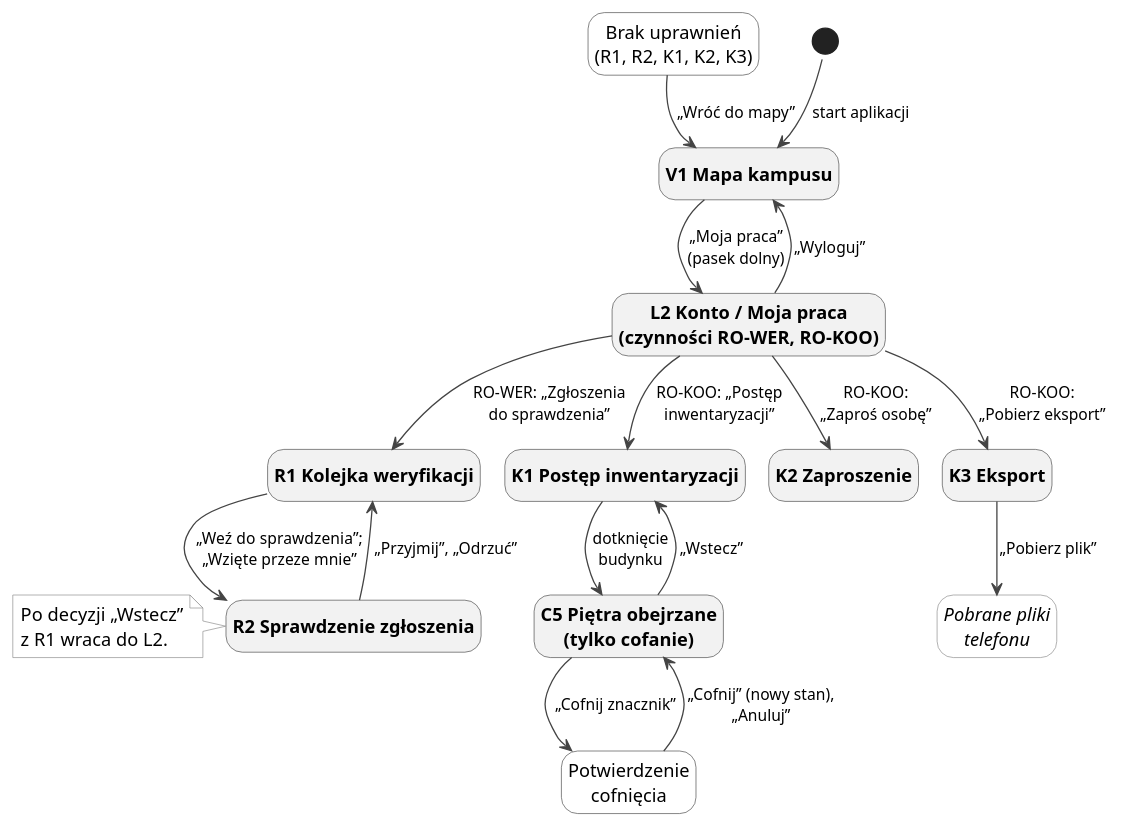
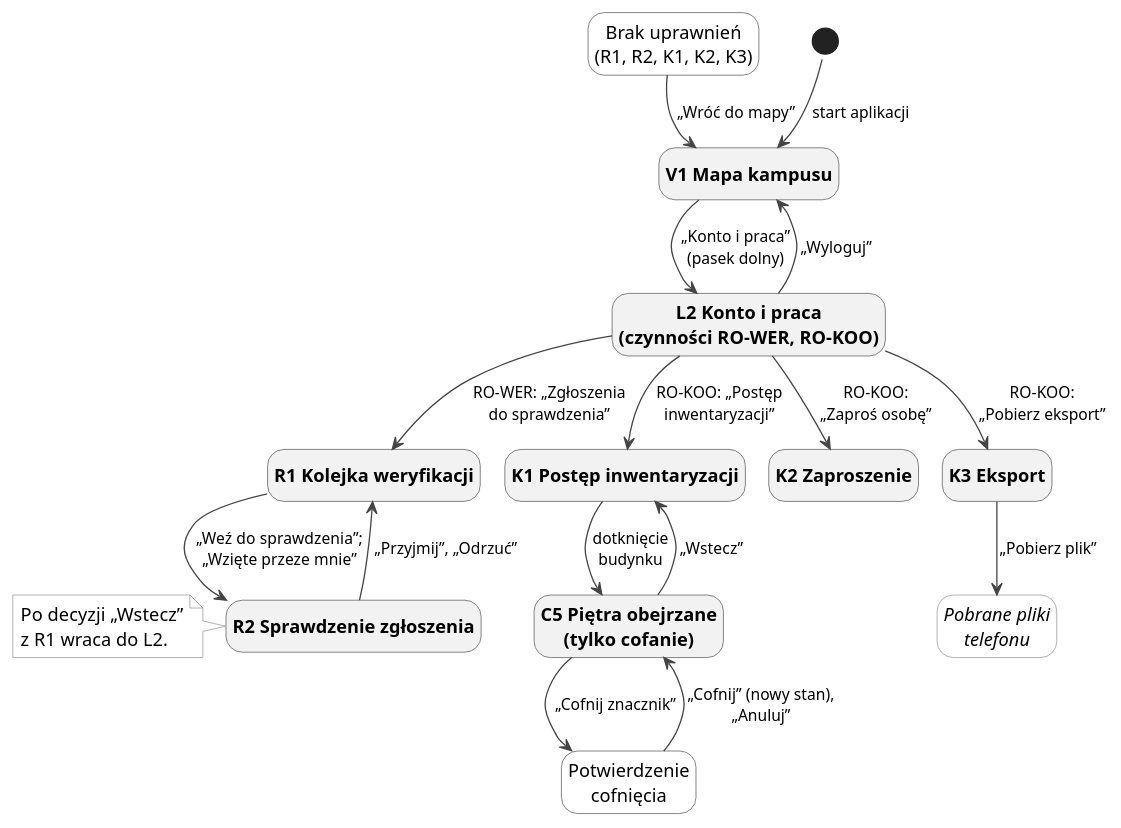
The diagram in docs/docs/ux/nawigacja-zespol-weryfikacja.puml (dostepny-kampus/dostepny-kampus), drawn with PlantUML before and after one commit. The commit also changed 4 other files, not shown here.

Commit message:
docs(ux): rename team work entry to Konto i praca

```diff
--- a/docs/docs/ux/nawigacja-zespol-weryfikacja.puml
+++ b/docs/docs/ux/nawigacja-zespol-weryfikacja.puml
@@ -1,63 +1,63 @@
 @startuml
 !pragma layout smetana
 hide empty description
 skinparam defaultFontSize 14
 skinparam ArrowColor #444444
 skinparam ArrowFontSize 12
 skinparam state {
   BackgroundColor #F2F2F2
   BorderColor #444444
   FontStyle bold
 }
 skinparam state<<stan>> {
   BackgroundColor #FFFFFF
   BorderColor #444444
   FontStyle normal
 }
 skinparam state<<poza>> {
   BackgroundColor #FFFFFF
   BorderColor #888888
   FontStyle italic
 }
 
 skinparam note {
   BackgroundColor #FFFFFF
   BorderColor #888888
 }
 
 state "V1 Mapa kampusu" as V1
-state "L2 Konto / Moja praca\n(czynności RO-WER, RO-KOO)" as L2
+state "L2 Konto i praca\n(czynności RO-WER, RO-KOO)" as L2
 state "R1 Kolejka weryfikacji" as R1
 state "R2 Sprawdzenie zgłoszenia" as R2
 state "K1 Postęp inwentaryzacji" as K1
 state "C5 Piętra obejrzane\n(tylko cofanie)" as C5
 state "Potwierdzenie\ncofnięcia" as PC <<stan>>
 state "K2 Zaproszenie" as K2
 state "K3 Eksport" as K3
 state "Pobrane pliki\ntelefonu" as PLIK <<poza>>
 state "Brak uprawnień\n(R1, R2, K1, K2, K3)" as BU <<stan>>
 
 [*] --> V1 : start aplikacji
-V1 --> L2 : „Moja praca”\n(pasek dolny)
+V1 --> L2 : „Konto i praca”\n(pasek dolny)
 L2 --> V1 : „Wyloguj”
 
 L2 --> R1 : RO-WER: „Zgłoszenia\ndo sprawdzenia”
 R1 --> R2 : „Weź do sprawdzenia”;\n„Wzięte przeze mnie”
 R2 --> R1 : „Przyjmij”, „Odrzuć”
 
 note left of R2
   Po decyzji „Wstecz”
   z R1 wraca do L2.
 end note
 
 L2 --> K1 : RO-KOO: „Postęp\ninwentaryzacji”
 L2 --> K2 : RO-KOO:\n„Zaproś osobę”
 L2 --> K3 : RO-KOO:\n„Pobierz eksport”
 K1 --> C5 : dotknięcie\nbudynku
 C5 --> K1 : „Wstecz”
 C5 --> PC : „Cofnij znacznik”
 PC --> C5 : „Cofnij” (nowy stan),\n„Anuluj”
 K3 --> PLIK : „Pobierz plik”
 
 BU --> V1 : „Wróć do mapy”
 @enduml
```
